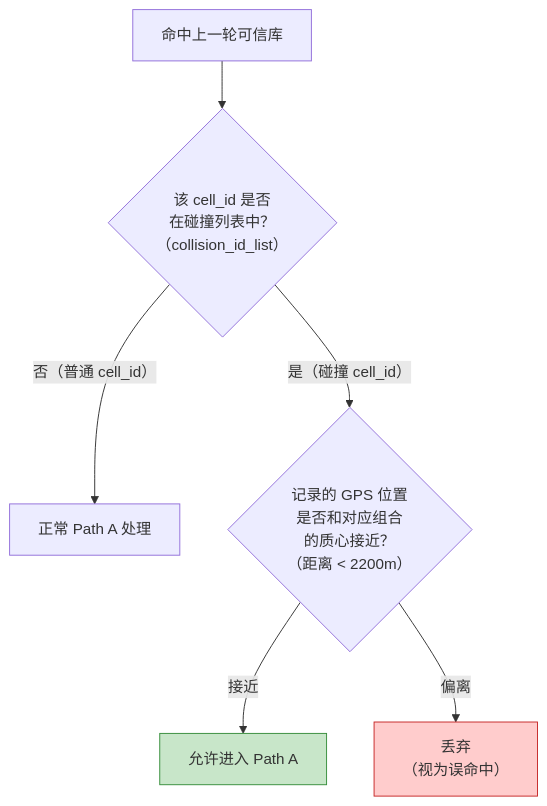
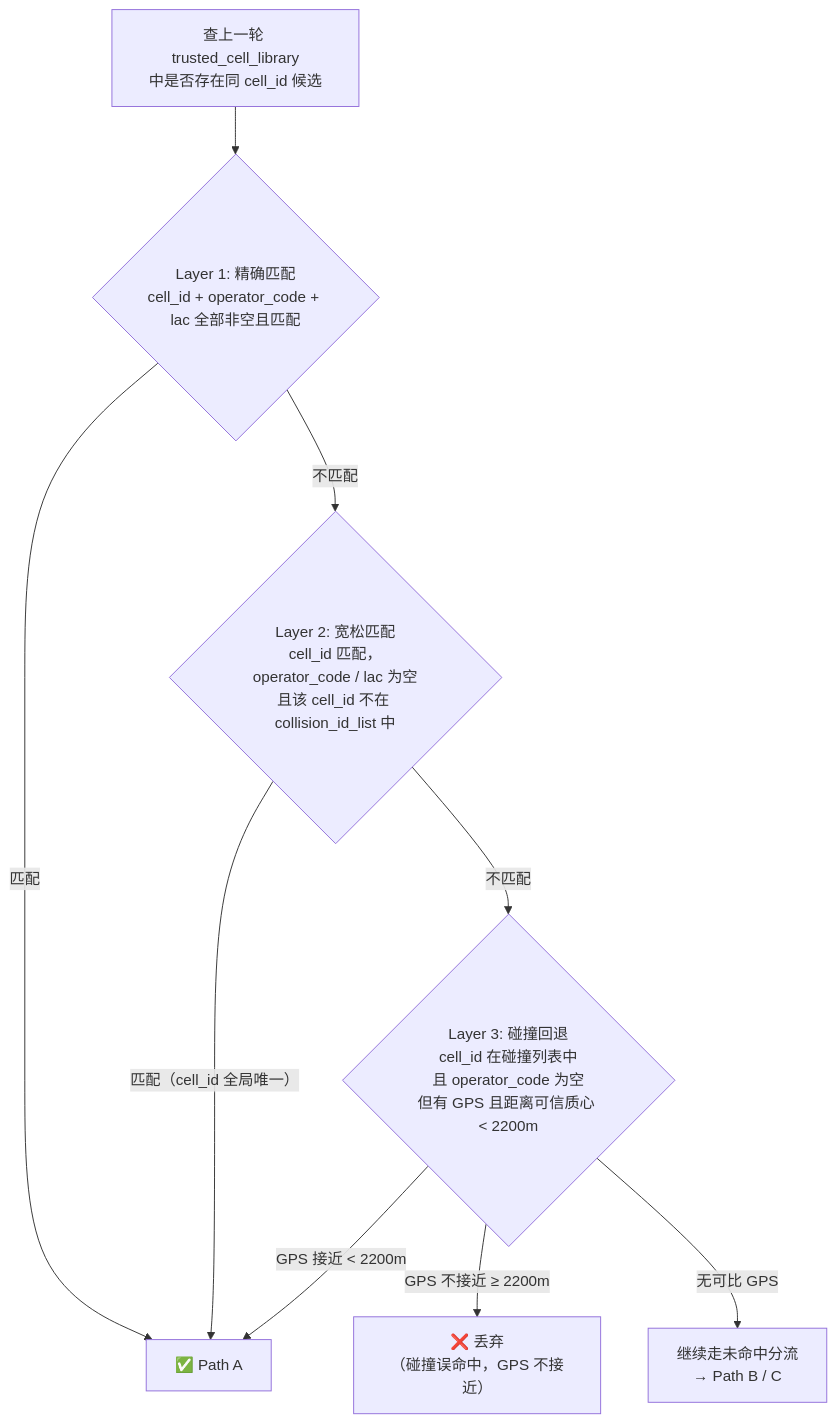
The third of 5 diagrams in rebuild5/docs/human_guide/02_Step2_基础画像与分流.md (laoyang75/OptiNet), drawn with Mermaid before and after one commit. The commit also changed other lines of this file and 169 other files, not shown here.

````diff
--- a/rebuild5/docs/human_guide/02_Step2_基础画像与分流.md
+++ b/rebuild5/docs/human_guide/02_Step2_基础画像与分流.md
@@ -62,22 +64,20 @@
 ```mermaid
 flowchart TD
-    HIT["命中上一轮可信库"]
+    START["查上一轮 trusted_cell_library\n中是否存在同 cell_id 候选"]
 
-    COLL{"该 cell_id 是否\n在碰撞列表中？\n（collision_id_list）"}
+    L1{"Layer 1: 精确匹配\ncell_id + operator_code + lac 全部非空且匹配"}
+    L2{"Layer 2: 宽松匹配\ncell_id 匹配，operator_code / lac 为空\n且该 cell_id 不在 collision_id_list 中"}
+    L3{"Layer 3: 碰撞回退\ncell_id 在碰撞列表中\n且 operator_code 为空\n但有 GPS 且距离可信质心 < 2200m"}
+    DROP["❌ 丢弃\n（碰撞误命中，GPS 不接近）"]
+    PATHB_C["继续走未命中分流\n→ Path B / C"]
+    PATHA["✅ Path A"]
 
-    NORMAL["正常 Path A 处理"]
-
-    GPS_CHECK{"记录的 GPS 位置\n是否和对应组合\n的质心接近？\n（距离 < 2200m）"}
-
-    ALLOW["允许进入 Path A"]
-    DISCARD["丢弃\n（视为误命中）"]
-
-    HIT --> COLL
-    COLL -->|"否（普通 cell_id）"| NORMAL
-    COLL -->|"是（碰撞 cell_id）"| GPS_CHECK
-    GPS_CHECK -->|"接近"| ALLOW
-    GPS_CHECK -->|"偏离"| DISCARD
-
-    style DISCARD fill:#ffcccc,stroke:#c62828
-    style ALLOW fill:#c8e6c9,stroke:#388e3c
+    START --> L1
+    L1 -->|"匹配"| PATHA
+    L1 -->|"不匹配"| L2
+    L2 -->|"匹配（cell_id 全局唯一）"| PATHA
+    L2 -->|"不匹配"| L3
+    L3 -->|"GPS 接近 < 2200m"| PATHA
+    L3 -->|"GPS 不接近 ≥ 2200m"| DROP
+    L3 -->|"无可比 GPS"| PATHB_C
 ```
````
